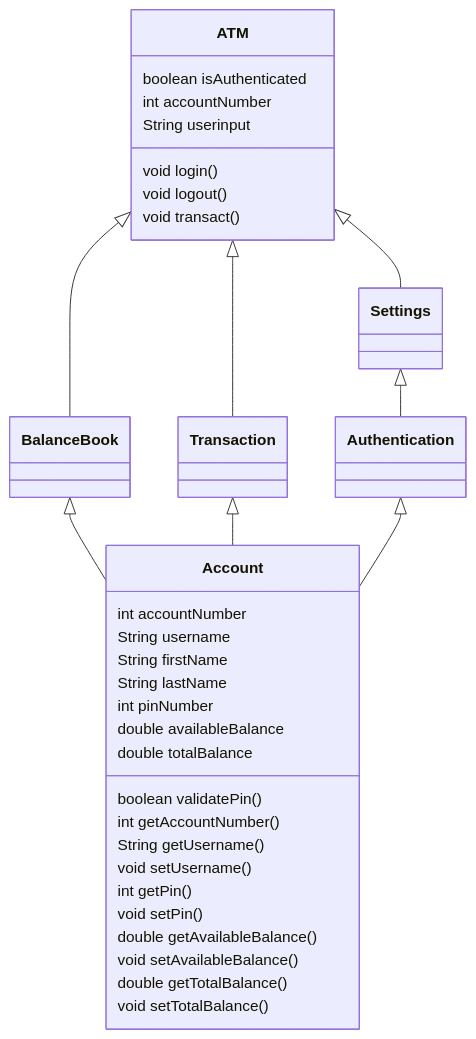
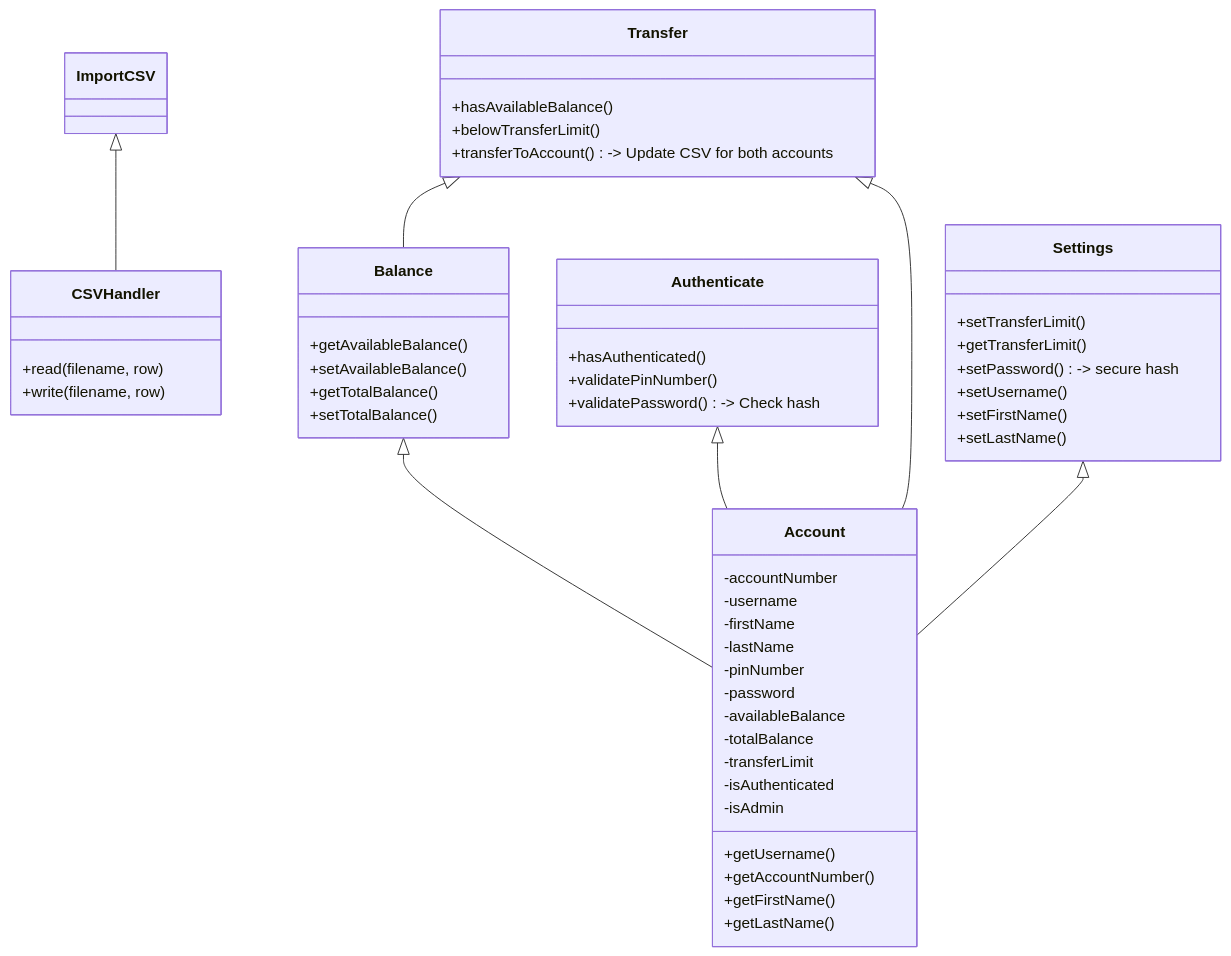
One commit to mcdulltii/CSC1109 changed the diagram in README.md. Above: the diagram before and after it, drawn with Mermaid. The commit also changed other lines of this file, not shown here.

````diff
--- a/README.md
+++ b/README.md
@@ -3,42 +9,59 @@
 ```mermaid
 classDiagram
-    ATM <|-- BalanceBook
-    ATM <|-- Transaction
-    ATM <|-- Settings
-    BalanceBook <|-- Account
-    Transaction <|-- Account
-    Authentication <|-- Account
-    Settings <|-- Authentication
-    class ATM {
-        boolean isAuthenticated
-        int accountNumber
-        String userinput
-
-        void login()
-        void logout()
-        void transact()
+    class CSVHandler {
+        +read(filename, row)
+        +write(filename, row)
     }
+    ImportCSV <|-- CSVHandler
     class Account {
-        int accountNumber
-        String username
-        String firstName
-        String lastName
-        int pinNumber
-        double availableBalance
-        double totalBalance
-
-        boolean validatePin()
-        int getAccountNumber()
-        String getUsername()
-        void setUsername()
-        int getPin()
-        void setPin()
-        double getAvailableBalance()
-        void setAvailableBalance()
-        double getTotalBalance()
-        void setTotalBalance()
+        -accountNumber
+        -username
+        -firstName
+        -lastName
+        -pinNumber
+        -password
+        -availableBalance
+        -totalBalance
+        -transferLimit
+        -isAuthenticated
+        -isAdmin
+        +getUsername()
+        +getAccountNumber()
+        +getFirstName()
+        +getLastName()
     }
-    class Transaction {
-
+    Balance <|-- Account
+    class Balance {
+        +getAvailableBalance()
+        +setAvailableBalance()
+        +getTotalBalance()
+        +setTotalBalance()
+    }
+    Authenticate <|-- Account
+    class Authenticate {
+        +hasAuthenticated()
+        +validatePinNumber()
+        +validatePassword() -> Check hash
+        %% +resetPassword() -> Tele bot
+        %% +getOTP() -> Tele bot
+        %% +validateOTP()
+    }
+    Transfer <|-- Balance
+    Transfer <|-- Account
+    class Transfer {
+        +hasAvailableBalance()
+        +belowTransferLimit()
+        +transferToAccount() -> Update CSV for both accounts
+    }
+    Settings <|-- Account
+    class Settings {
+        +setTransferLimit()
+        +getTransferLimit()
+        %% +getPinNumber()
+        %% +setPinNumber()
+        +setPassword() -> secure hash
+        +setUsername()
+        +setFirstName()
+        +setLastName()
     }
 ```
````
